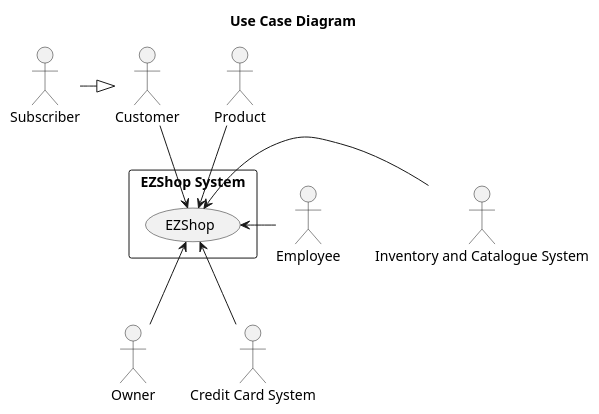
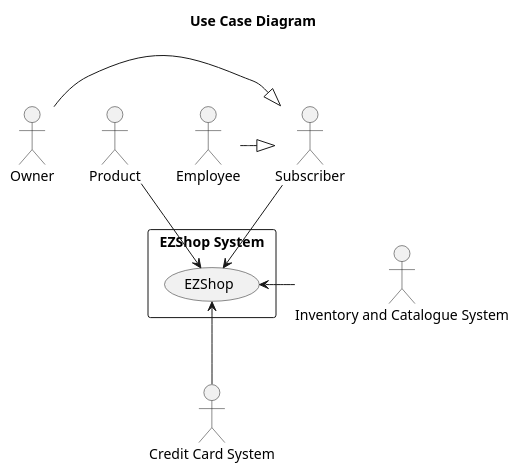
One commit to nicolabattaglino/ezshop changed the diagram in Deliverables/RequirementsDocument.md. Above: the diagram before and after it, drawn with PlantUML.

````diff
--- a/Deliverables/RequirementsDocument.md
+++ b/Deliverables/RequirementsDocument.md
@@ -51,30 +51,29 @@
 ```plantuml
 @startuml
 
 
 title Use Case Diagram 
 
 
 
 
 actor Owner
-actor Customer
+
 actor Product
 actor Subscriber
 actor Employee
 actor :Credit Card System: as CreditCardSystem
 actor :Inventory and Catalogue System: as IandCS
 rectangle "EZShop System" as EZShopSystem{
 (EZShop)
 }
-Subscriber -|> Customer
-Customer --> EZShop
+Subscriber --> EZShop
+Owner -|> Subscriber
+Employee -|>Subscriber
 Product --> EZShop
-EZShop <-- Owner
-Employee -> EZShop
 EZShop <-- CreditCardSystem 
 IandCS -> EZShop
 
 
 @enduml
 ```
````
